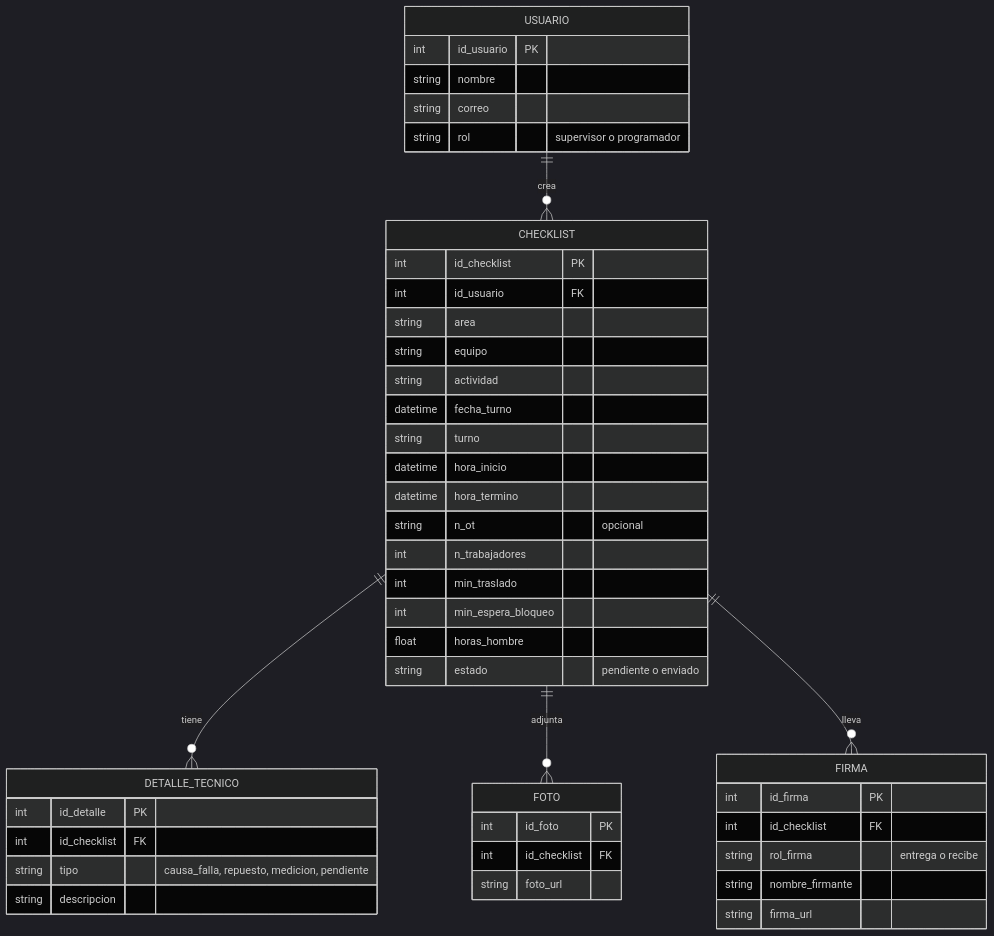
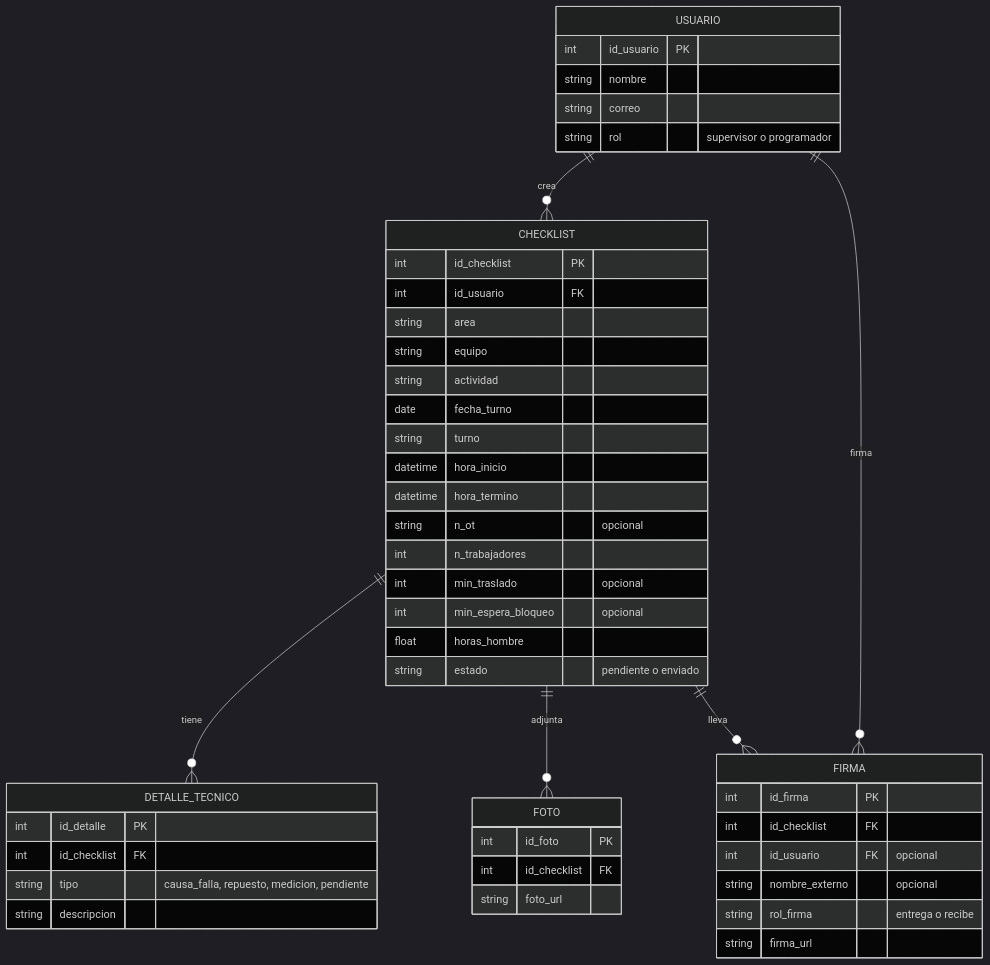
One commit to aldocastillo-dev/checklist-mantenimiento changed the diagram in docs/datos/estructura_datos.md. Above: the diagram before and after it, drawn with Mermaid (dark theme). The commit also changed other lines of this file, not shown here.

````diff
--- a/docs/datos/estructura_datos.md
+++ b/docs/datos/estructura_datos.md
@@ -5,49 +5,51 @@
 ```mermaid
 erDiagram
     USUARIO ||--o{ CHECKLIST : "crea"
+    USUARIO ||--o{ FIRMA : "firma"
     CHECKLIST ||--o{ DETALLE_TECNICO : "tiene"
     CHECKLIST ||--o{ FOTO : "adjunta"
     CHECKLIST ||--o{ FIRMA : "lleva"
 
     USUARIO {
         int id_usuario PK
         string nombre
         string correo
         string rol "supervisor o programador"
     }
     CHECKLIST {
         int id_checklist PK
         int id_usuario FK
         string area
         string equipo
         string actividad
-        datetime fecha_turno
+        date fecha_turno
         string turno
         datetime hora_inicio
         datetime hora_termino
         string n_ot "opcional"
         int n_trabajadores
-        int min_traslado
-        int min_espera_bloqueo
+        int min_traslado "opcional"
+        int min_espera_bloqueo "opcional"
         float horas_hombre
         string estado "pendiente o enviado"
     }
     DETALLE_TECNICO {
         int id_detalle PK
         int id_checklist FK
         string tipo "causa_falla, repuesto, medicion, pendiente"
         string descripcion
     }
     FOTO {
         int id_foto PK
         int id_checklist FK
         string foto_url
     }
     FIRMA {
         int id_firma PK
         int id_checklist FK
+        int id_usuario FK "opcional"
+        string nombre_externo "opcional"
         string rol_firma "entrega o recibe"
-        string nombre_firmante
         string firma_url
     }
 ```
````
